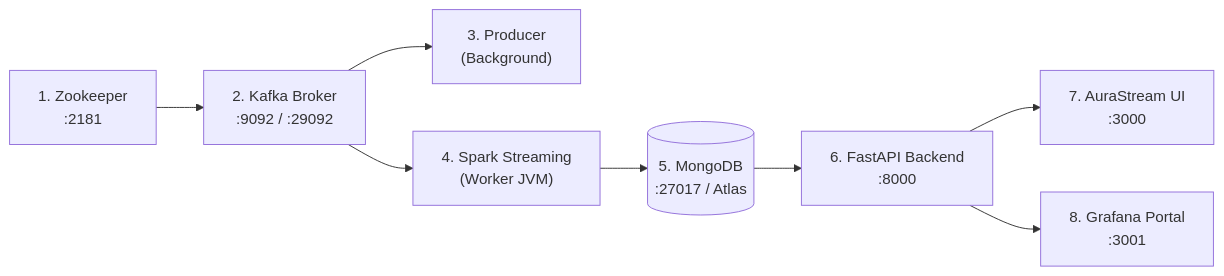
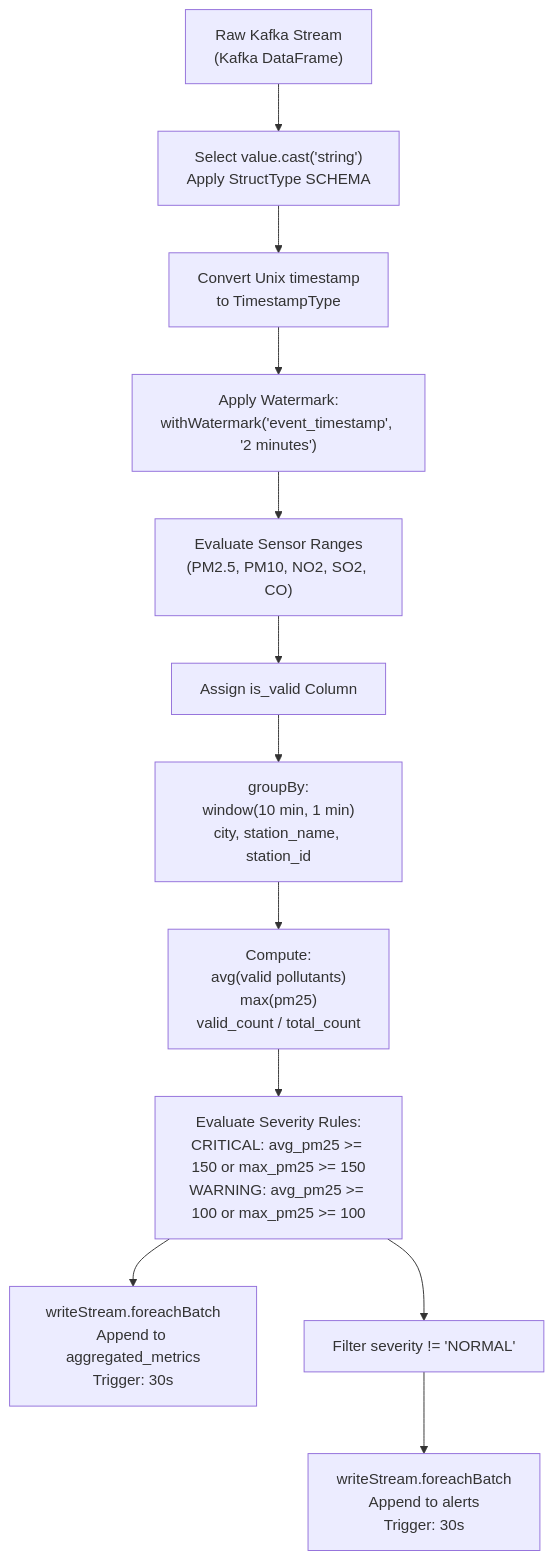
Before and after one commit to Antariksh62/Real-time-air-quality-monitoring-dashboard: the fourth of 4 diagrams in README.md, drawn with Mermaid. The commit also changed other lines of this file, not shown here.

Commit message:
docs: complete README with architecture diagrams and application screenshots

````diff
--- a/README.md
+++ b/README.md
@@ -441,10 +464,19 @@
 ```mermaid
-graph LR
-    ZK["1. Zookeeper<br/>:2181"] --> KAFKA["2. Kafka Broker<br/>:9092 / :29092"]
-    KAFKA --> PROD["3. Producer<br/>(Background)"]
-    KAFKA --> SPARK["4. Spark Streaming<br/>(Worker JVM)"]
-    SPARK --> MONGO[("5. MongoDB<br/>:27017 / Atlas")]
-    MONGO --> BACKEND["6. FastAPI Backend<br/>:8000"]
-    BACKEND --> FRONTEND["7. AuraStream UI<br/>:3000"]
-    BACKEND --> GRAFANA["8. Grafana Portal<br/>:3001"]
+flowchart TD
+    KAFKA_STREAM["Raw Kafka Stream<br/>(Kafka DataFrame)"] --> CAST_VALUE["Select value.cast('string')<br/>Apply StructType SCHEMA"]
+    CAST_VALUE --> CONVERT_TS["Convert Unix timestamp<br/>to TimestampType"]
+    CONVERT_TS --> WATERMARK["Apply Watermark:<br/>withWatermark('event_timestamp', '2 minutes')"]
+    
+    WATERMARK --> RANGE_CHECK["Evaluate Sensor Ranges<br/>(PM2.5, PM10, NO2, SO2, CO)"]
+    RANGE_CHECK --> DEFINE_VALID["Assign is_valid Column"]
+
+    DEFINE_VALID --> GROUP_WINDOW["groupBy:<br/>window(10 min, 1 min)<br/>city, station_name, station_id"]
+    
+    GROUP_WINDOW --> AGG_MATH["Compute:<br/>avg(valid pollutants)<br/>max(pm25)<br/>valid_count / total_count"]
+    
+    AGG_MATH --> EVAL_ALERT_LOGIC["Evaluate Severity Rules:<br/>CRITICAL: avg_pm25 >= 150 or max_pm25 >= 150<br/>WARNING: avg_pm25 >= 100 or max_pm25 >= 100"]
+
+    EVAL_ALERT_LOGIC --> SINK_AGGS["writeStream.foreachBatch<br/>Append to aggregated_metrics<br/>Trigger: 30s"]
+    EVAL_ALERT_LOGIC --> FILTER_NON_NORMAL["Filter severity != 'NORMAL'"]
+    FILTER_NON_NORMAL --> SINK_ALERTS["writeStream.foreachBatch<br/>Append to alerts<br/>Trigger: 30s"]
 ```
````
